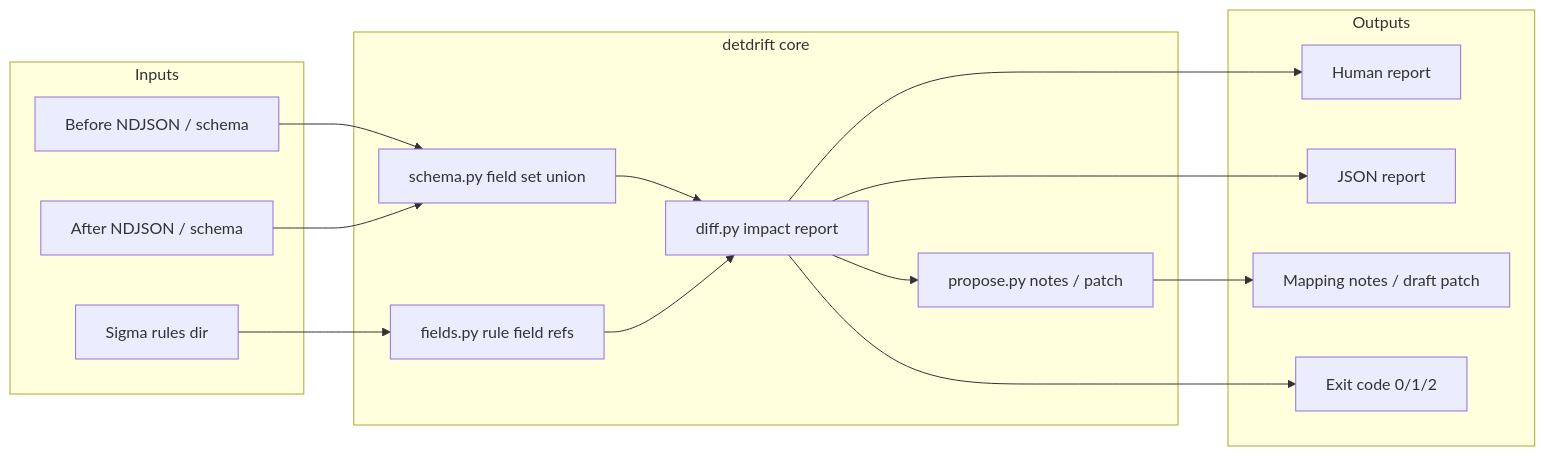
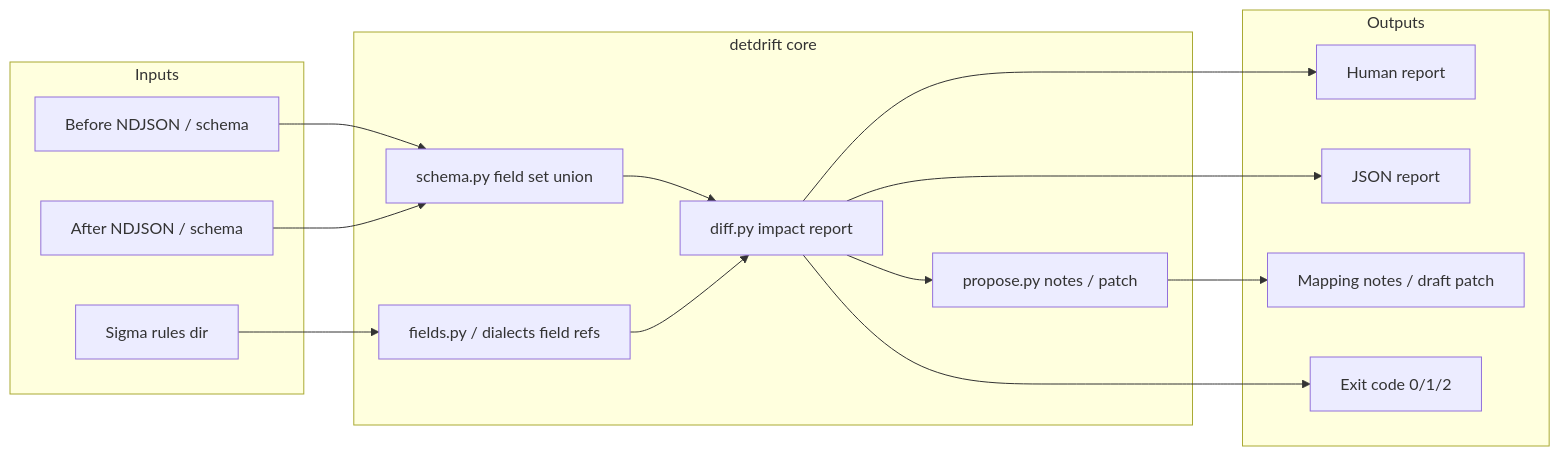
One commit to chriswayneh/detdrift changed the diagram in ARCHITECTURE.md. Above: the diagram before and after it, drawn with Mermaid. The commit also changed other lines of this file and 13 other files, not shown here.

````diff
--- a/ARCHITECTURE.md
+++ b/ARCHITECTURE.md
@@ -21,33 +21,33 @@
 ```mermaid
 flowchart LR
   subgraph inputs [Inputs]
     B[Before NDJSON / schema]
     A[After NDJSON / schema]
     R[Sigma rules dir]
   end
 
   subgraph core [detdrift core]
     S[schema.py field set union]
-    F[fields.py rule field refs]
+    F[fields.py / dialects field refs]
     D[diff.py impact report]
     P[propose.py notes / patch]
   end
 
   subgraph outputs [Outputs]
     H[Human report]
     J[JSON report]
     N[Mapping notes / draft patch]
     E[Exit code 0/1/2]
   end
 
   B --> S
   A --> S
   R --> F
   S --> D
   F --> D
   D --> H
   D --> J
   D --> E
   D --> P
   P --> N
 ```
````
